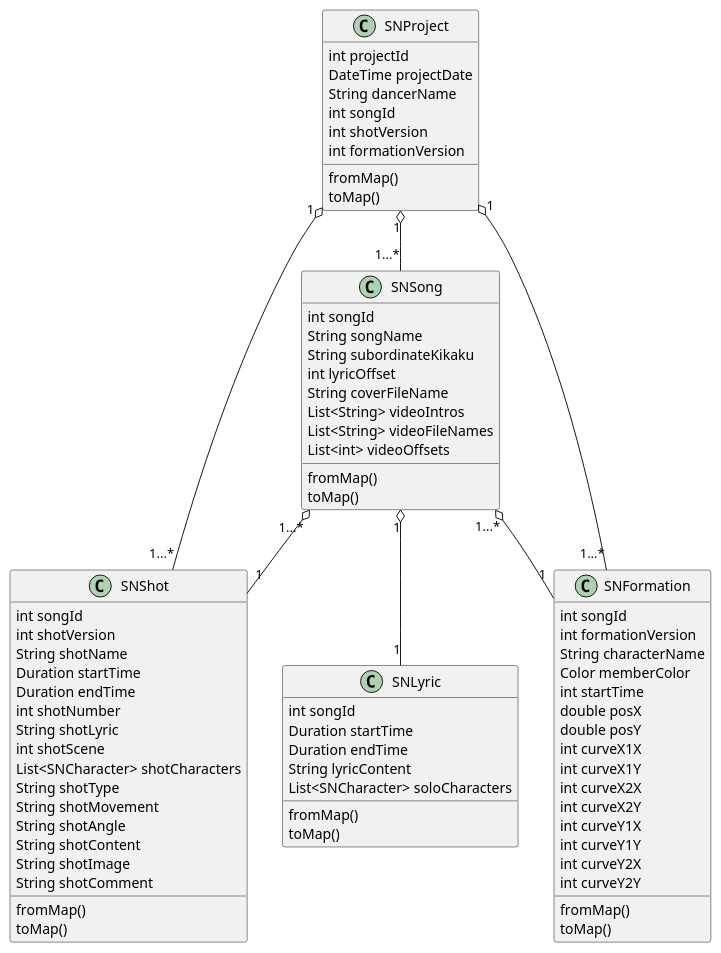
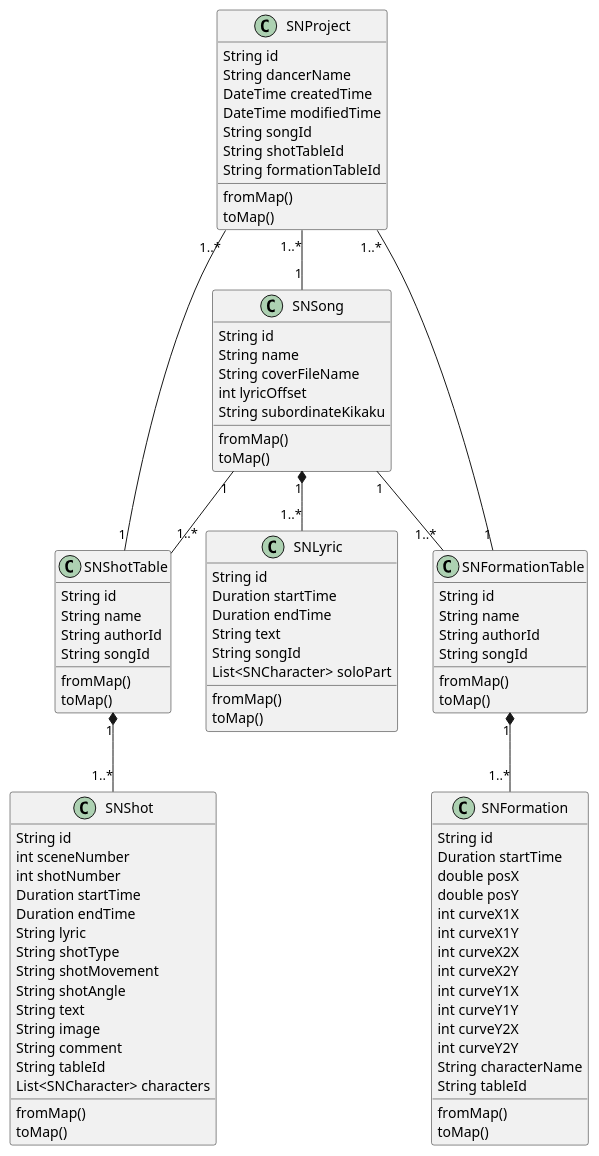
Before and after one commit to amamiseiya/shonichi_Flutter: the diagram in flutter_module/documents/class.wsd, drawn with PlantUML. The commit also changed 54 other files, not shown here.

```diff
--- a/flutter_module/documents/class.wsd
+++ b/flutter_module/documents/class.wsd
@@ -1,85 +1,104 @@
 @startuml Class
 
+SNProject "1..*" -- "1" SNSong
+SNProject "1..*" -- "1" SNShotTable
+SNProject "1..*" -- "1" SNFormationTable
+SNSong "1" -- "1..*" SNShotTable
+SNSong "1" -- "1..*" SNFormationTable
+SNSong "1" *-- "1..*" SNLyric
+SNShotTable "1" *-- "1..*" SNShot
+SNFormationTable "1" *-- "1..*" SNFormation
 
-SNSong "1" o-- "1" SNLyric
-SNSong "1...*" o-- "1" SNShot
-SNSong "1...*" o-- "1" SNFormation
-SNProject "1" o-- "1...*" SNSong
-SNProject "1" o-- "1...*" SNShot
-SNProject "1" o-- "1...*" SNFormation
 
 class SNProject {
-    int projectId
-    DateTime projectDate
+    String id
     String dancerName
-    int songId
-    int shotVersion
-    int formationVersion
+    DateTime createdTime
+    DateTime modifiedTime
+    String songId
+    String shotTableId
+    String formationTableId
     fromMap()
     toMap()
 }
 
 class SNSong {
-    int songId
-    String songName
+    String id
+    String name
+    String coverFileName
+    int lyricOffset
     String subordinateKikaku
-    int lyricOffset
-    String coverFileName
-    List<String> videoIntros
-    List<String> videoFileNames
-    List<int> videoOffsets
-    fromMap()
-    toMap()
-}
-
-class SNShot {
-    int songId
-    int shotVersion
-    String shotName
-    Duration startTime
-    Duration endTime
-    int shotNumber
-    String shotLyric
-    int shotScene
-    List<SNCharacter> shotCharacters
-    String shotType
-    String shotMovement
-    String shotAngle
-    String shotContent
-    String shotImage
-    String shotComment
     fromMap()
     toMap()
 }
 
 class SNLyric {
-    int songId
+    String id
     Duration startTime
     Duration endTime
-    String lyricContent
-    List<SNCharacter> soloCharacters
+    String text
+    String songId
+    List<SNCharacter> soloPart
     fromMap()
     toMap()
 }
 
+
+class SNShotTable {
+  String id
+  String name
+  String authorId
+  String songId
+  fromMap()
+  toMap()
+}
+
+
+class SNShot {
+    String id
+    int sceneNumber
+    int shotNumber
+    Duration startTime
+    Duration endTime
+    String lyric
+    String shotType
+    String shotMovement
+    String shotAngle
+    String text
+    String image
+    String comment
+    String tableId
+    List<SNCharacter> characters
+    fromMap()
+    toMap()
+}
+class SNFormationTable {
+  String id
+  String name
+  String authorId
+  String songId
+
+  fromMap()
+  toMap()
+}
+
 class SNFormation {
-    int songId
-    int formationVersion
-    String characterName
-    Color memberColor
-    int startTime
+    String id
+    Duration startTime
     double posX
     double posY
     int curveX1X
     int curveX1Y
     int curveX2X
     int curveX2Y
     int curveY1X
     int curveY1Y
     int curveY2X
     int curveY2Y
+    String characterName
+    String tableId
     fromMap()
     toMap()
 }
 
 @enduml
```
